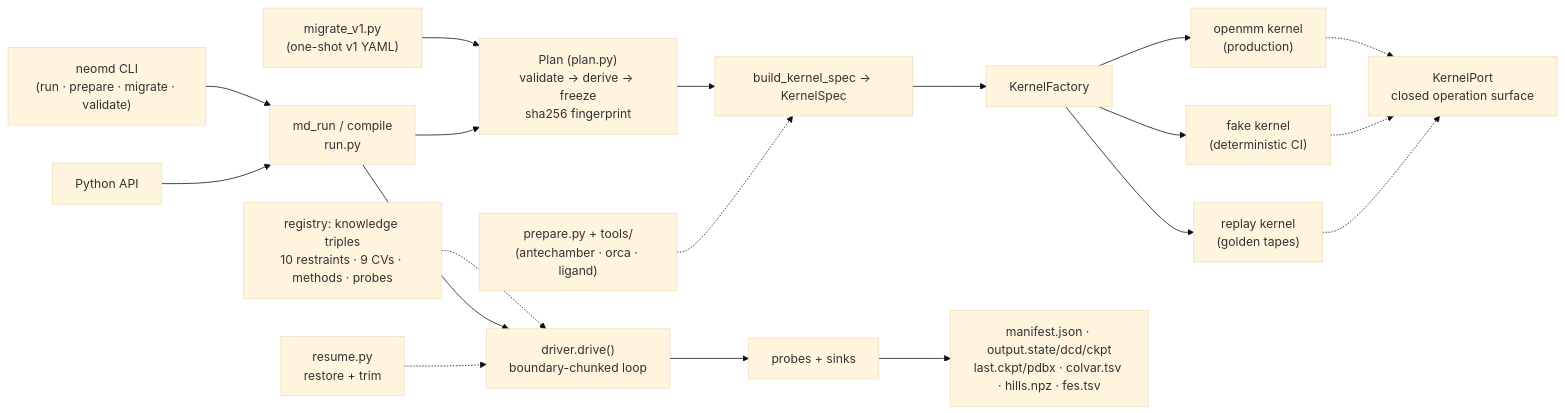
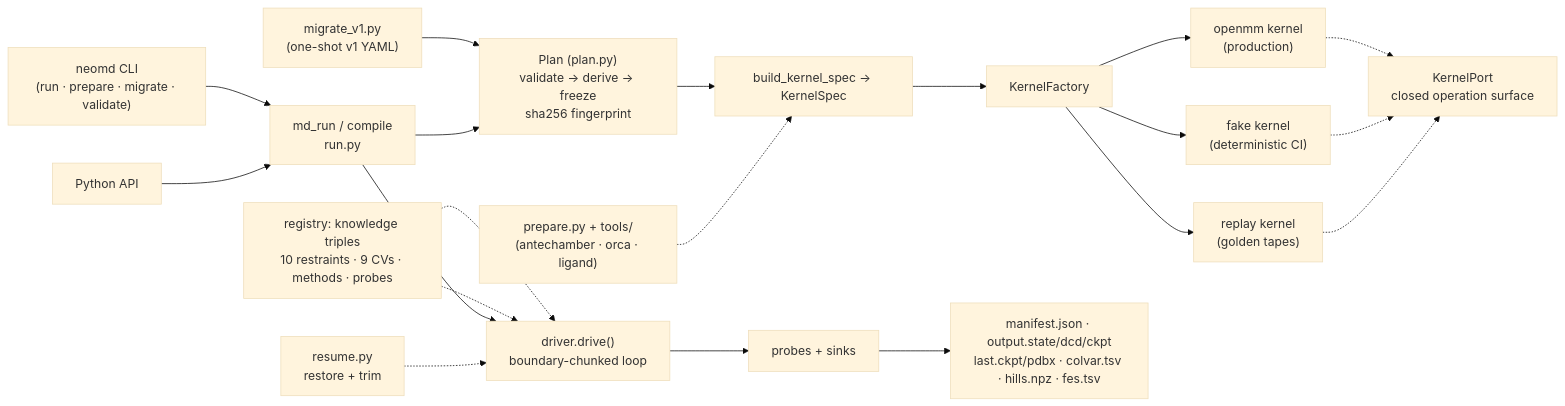
One commit to NeoBinder/NeoDynamics changed the diagram in README.md. Above: the diagram before and after it, drawn with Mermaid (base theme). The commit also changed other lines of this file and 12 other files, not shown here.

````diff
--- a/README.md
+++ b/README.md
@@ -185,17 +185,18 @@
 ```mermaid
 flowchart LR
     CLI["neomd CLI<br/>(run · prepare · migrate · validate)"] --> MR["md_run / compile<br/>run.py"]
     PY["Python API"] --> MR
     MV["migrate_v1.py<br/>(one-shot v1 YAML)"] --> PL["Plan (plan.py)<br/>validate → derive → freeze<br/>sha256 fingerprint"]
     MR --> PL --> KS["build_kernel_spec → KernelSpec"]
     KS --> FAC["KernelFactory"]
     FAC --> OM["openmm kernel<br/>(production)"]
     FAC --> FK["fake kernel<br/>(deterministic CI)"]
     FAC --> RP["replay kernel<br/>(golden tapes)"]
     OM & FK & RP -.-> PORT["KernelPort<br/>closed operation surface"]
+    REG["registry: knowledge triples<br/>9 restraints · 9 CVs · methods · probes"] -.-> DRV
     REG["registry: knowledge triples<br/>10 restraints · 9 CVs · methods · probes"] -.-> DRV
     MR --> DRV["driver.drive()<br/>boundary-chunked loop"]
     RES["resume.py<br/>restore + trim"] -.-> DRV
     DRV --> PRB["probes + sinks"] --> ART["manifest.json · output.state/dcd/ckpt<br/>last.ckpt/pdbx · colvar.tsv · hills.npz · fes.tsv"]
     PRE["prepare.py + tools/<br/>(antechamber · orca · ligand)"] -.-> KS
 ```
````
